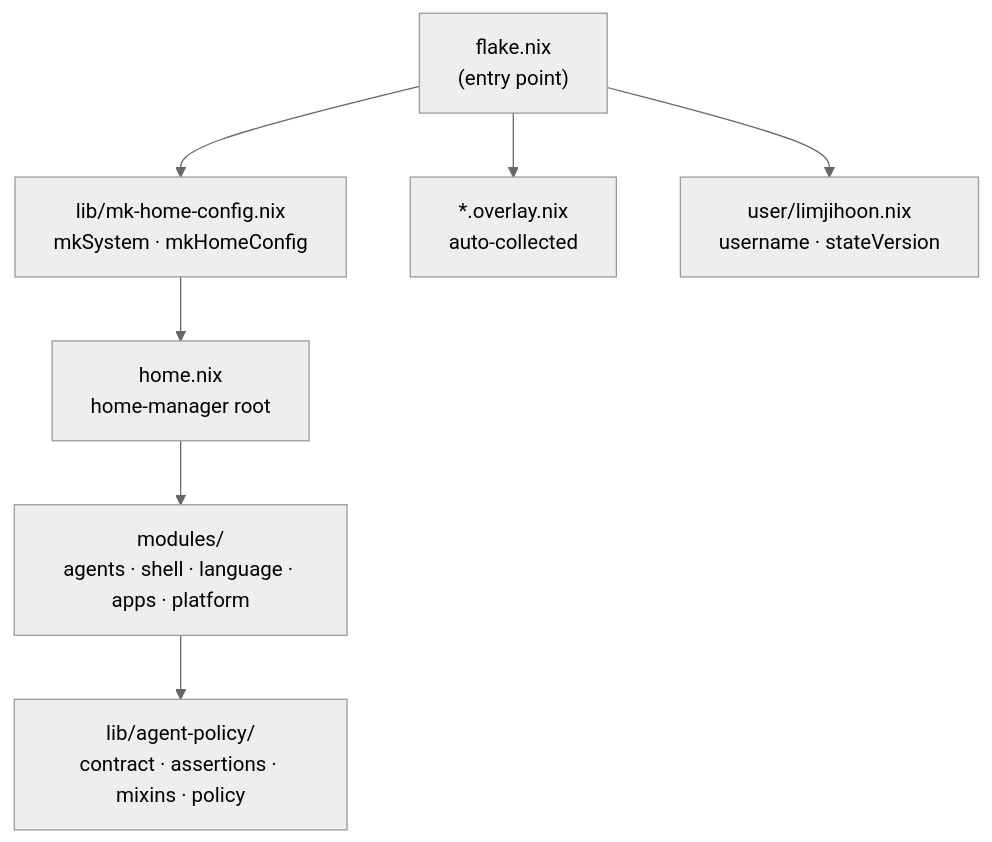
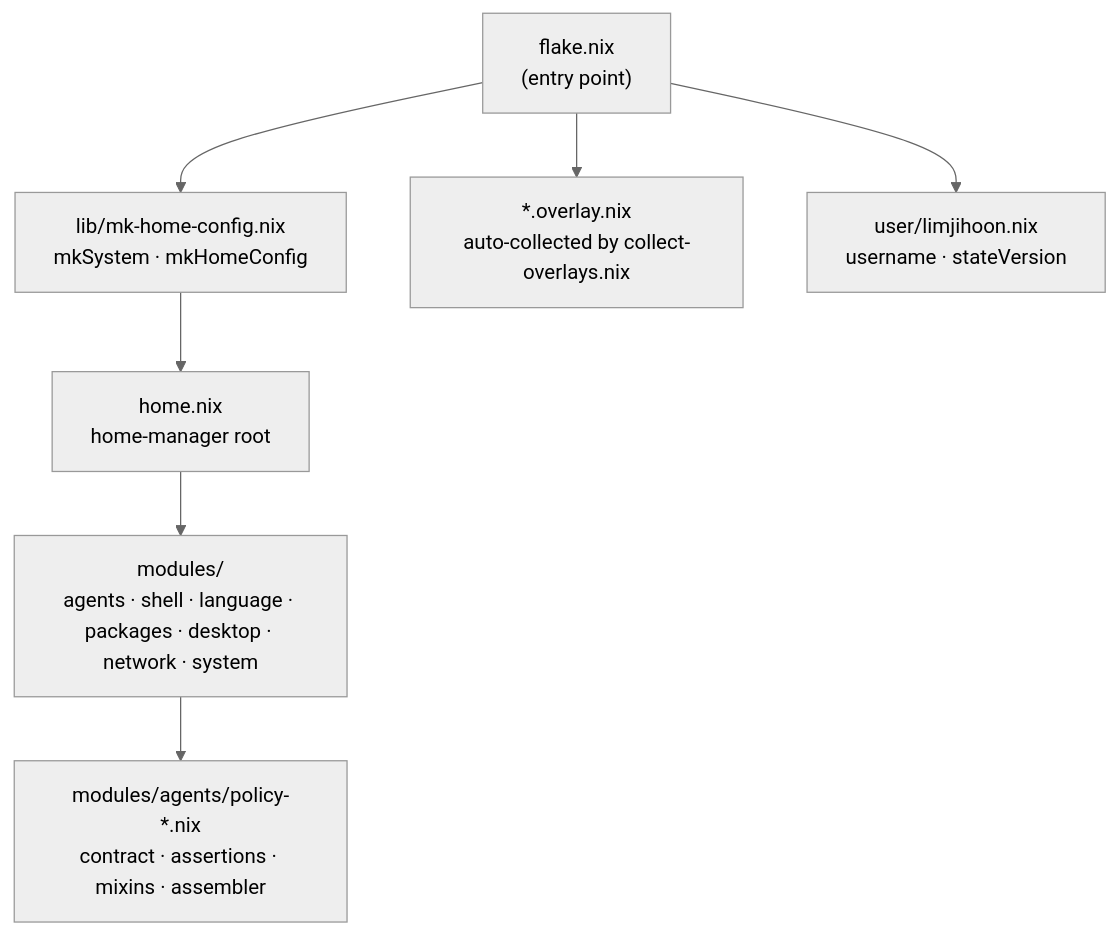
Before and after one commit to vanillacake369/tonys-nix: the first of 2 diagrams in docs/architecture/overview.md, drawn with Mermaid (neutral theme). The commit also changed other lines of this file and 17 other files, not shown here.

Commit message:
docs : sync to new lib + flat policy-*.nix + domain co-location architecture

````diff
--- a/docs/architecture/overview.md
+++ b/docs/architecture/overview.md
@@ -46,17 +73,17 @@
 ```mermaid
 flowchart TD
     flake["flake.nix\n(entry point)"]
     builders["lib/mk-home-config.nix\nmkSystem · mkHomeConfig"]
     homeNix["home.nix\nhome-manager root"]
-    modules["modules/\nagents · shell · language · apps · platform"]
-    lib["lib/agent-policy/\ncontract · assertions · mixins · policy"]
-    overlays["*.overlay.nix\nauto-collected"]
+    modules["modules/\nagents · shell · language · packages · desktop · network · system"]
+    policy["modules/agents/policy-*.nix\ncontract · assertions · mixins · assembler"]
+    overlays["*.overlay.nix\nauto-collected by collect-overlays.nix"]
     userProfile["user/limjihoon.nix\nusername · stateVersion"]
 
     flake --> builders
     flake --> overlays
     flake --> userProfile
     builders --> homeNix
     homeNix --> modules
-    modules --> lib
+    modules --> policy
 ```
````
